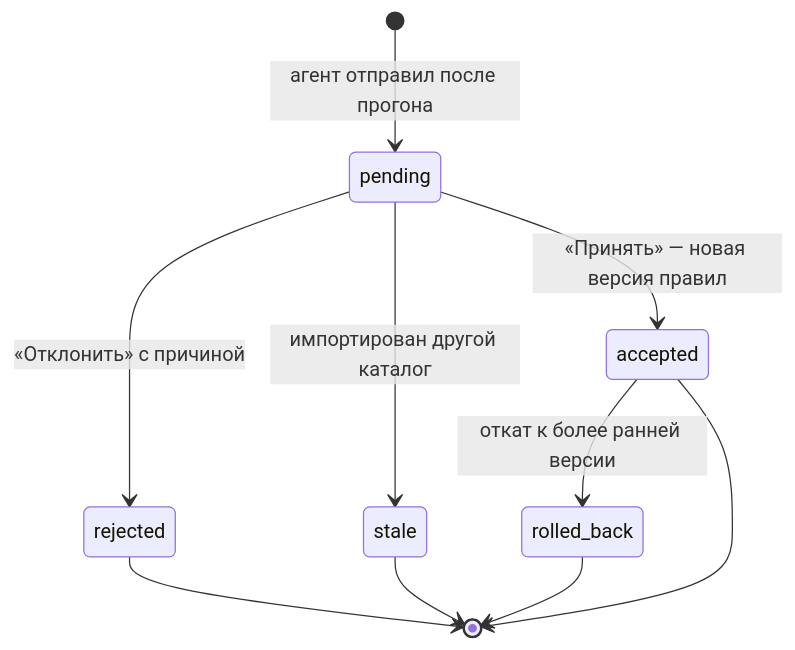
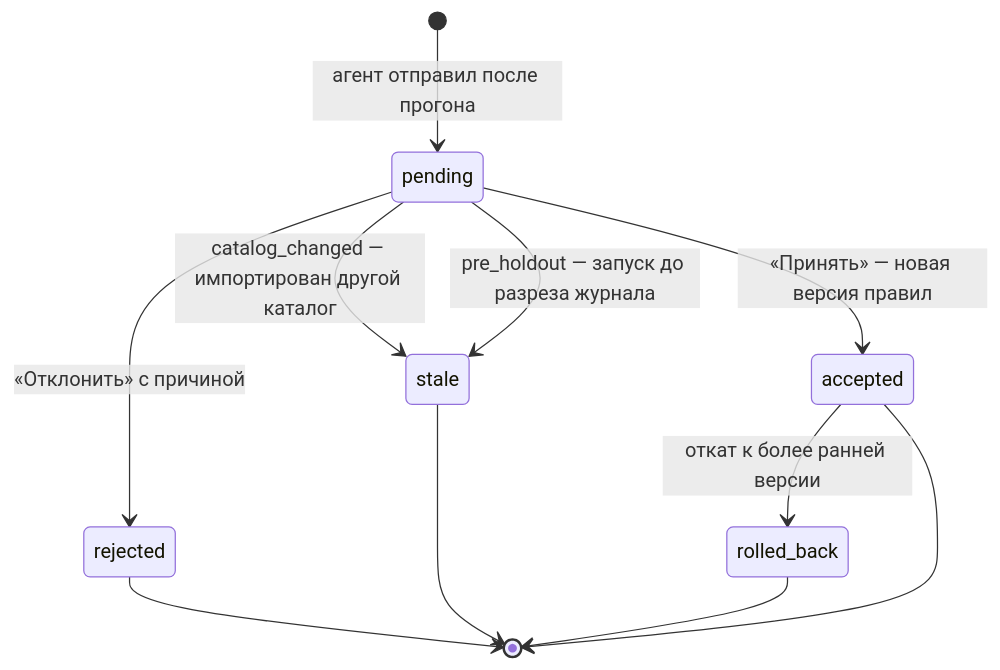
One commit to olegator-rus/rokotovka-plexet-kuznitsa changed the fourth of 4 diagrams in docs/ARCHITECTURE.md. Above: the diagram before and after it, drawn with Mermaid. The commit also changed other lines of this file and 28 other files, not shown here.

````diff
--- a/docs/ARCHITECTURE.md
+++ b/docs/ARCHITECTURE.md
@@ -218,12 +218,13 @@
 ```mermaid
 stateDiagram-v2
     [*] --> pending: агент отправил после прогона
     pending --> accepted: «Принять» — новая версия правил
     pending --> rejected: «Отклонить» с причиной
-    pending --> stale: импортирован другой каталог
+    pending --> stale: catalog_changed — импортирован другой каталог
+    pending --> stale: pre_holdout — запуск до разреза журнала
     accepted --> rolled_back: откат к более ранней версии
     rejected --> [*]
     stale --> [*]
     rolled_back --> [*]
     accepted --> [*]
 ```
````
